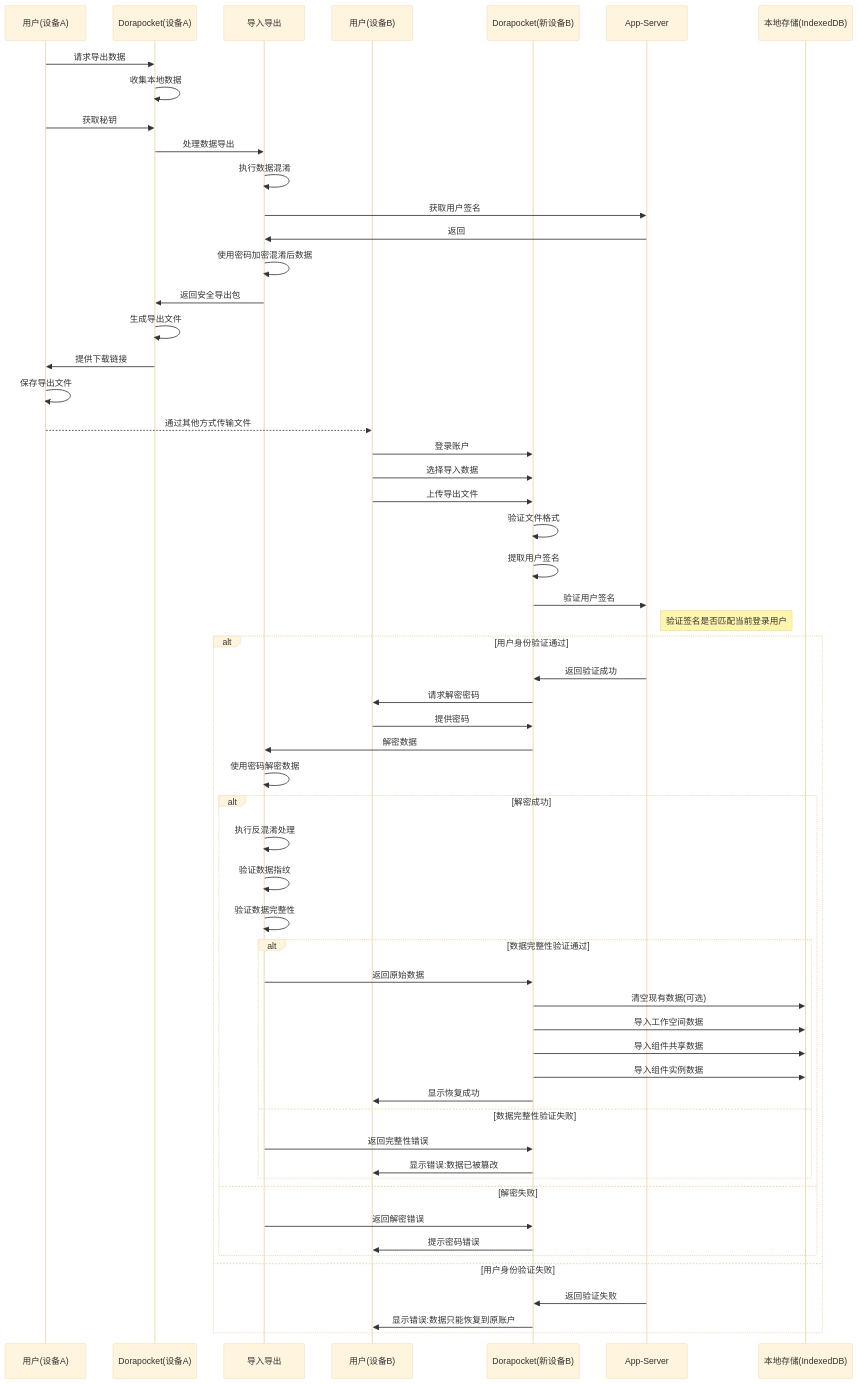
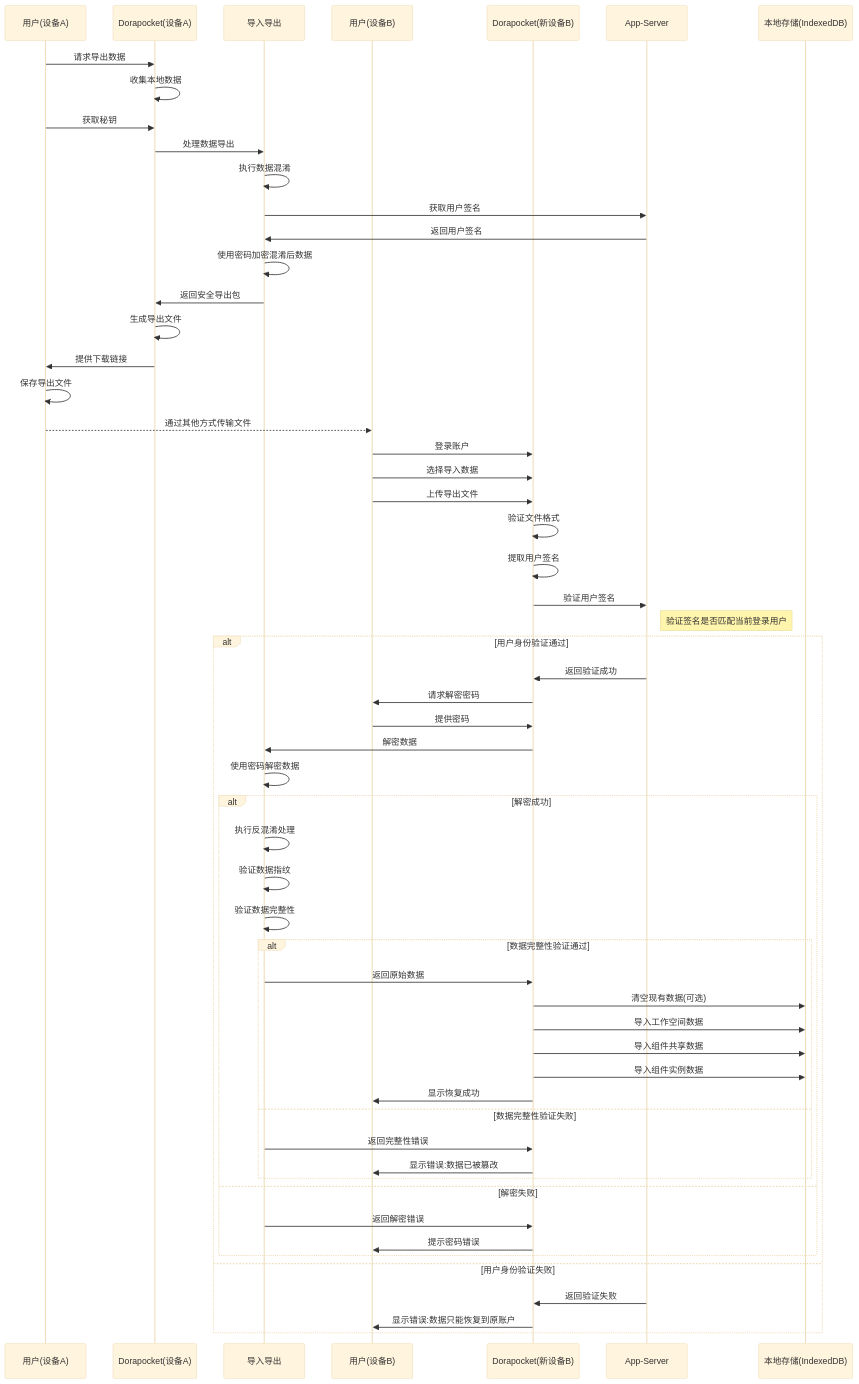
The diagram in all/未命名-34.md (yingjianzh/iodraw-files), drawn with Mermaid (base theme) before and after one commit.

Commit message:
2025-04-17 16:53:09 update

````diff
--- a/all/未命名-34.md
+++ b/all/未命名-34.md
@@ -1,73 +1,73 @@
 ```mermaid
 sequenceDiagram
     participant UserOld as 用户(设备A)
     participant AppOld as Dorapocket(设备A)
     participant Security as 导入导出
     participant UserNew as 用户(设备B)
     participant AppNew as Dorapocket(新设备B)
     participant AppServer as App-Server
     participant LocalDB as 本地存储(IndexedDB)
     
     %% 导出流程
     UserOld->>AppOld: 请求导出数据
     AppOld->>AppOld: 收集本地数据
     UserOld->>AppOld: 获取秘钥
     
     AppOld->>Security: 处理数据导出
     Security->>Security: 执行数据混淆
     Security->>AppServer: 获取用户签名
-    AppServer->>Security: 返回
+    AppServer->>Security: 返回用户签名
     Security->>Security: 使用密码加密混淆后数据
     Security->>AppOld: 返回安全导出包
     
     AppOld->>AppOld: 生成导出文件
     AppOld->>UserOld: 提供下载链接
     UserOld->>UserOld: 保存导出文件
     
     %% 传输文件(由用户完成)
     UserOld-->>UserNew: 通过其他方式传输文件
     
     %% 恢复流程
     UserNew->>AppNew: 登录账户
     UserNew->>AppNew: 选择导入数据
     UserNew->>AppNew: 上传导出文件
     
     AppNew->>AppNew: 验证文件格式
     AppNew->>AppNew: 提取用户签名
     
     AppNew->>AppServer: 验证用户签名
     note right of AppServer: 验证签名是否匹配当前登录用户
     
     alt 用户身份验证通过
         AppServer->>AppNew: 返回验证成功
         AppNew->>UserNew: 请求解密密码
         UserNew->>AppNew: 提供密码
         
         AppNew->>Security: 解密数据
         Security->>Security: 使用密码解密数据
         
         alt 解密成功
             Security->>Security: 执行反混淆处理
             Security->>Security: 验证数据指纹
             Security->>Security: 验证数据完整性
             
             alt 数据完整性验证通过
                 Security->>AppNew: 返回原始数据
                 AppNew->>LocalDB: 清空现有数据(可选)
                 AppNew->>LocalDB: 导入工作空间数据
                 AppNew->>LocalDB: 导入组件共享数据
                 AppNew->>LocalDB: 导入组件实例数据
                 AppNew->>UserNew: 显示恢复成功
             else 数据完整性验证失败
                 Security->>AppNew: 返回完整性错误
                 AppNew->>UserNew: 显示错误:数据已被篡改
             end
         else 解密失败
             Security->>AppNew: 返回解密错误
             AppNew->>UserNew: 提示密码错误
         end
     else 用户身份验证失败
         AppServer->>AppNew: 返回验证失败
         AppNew->>UserNew: 显示错误:数据只能恢复到原账户
     end
 ```
````
